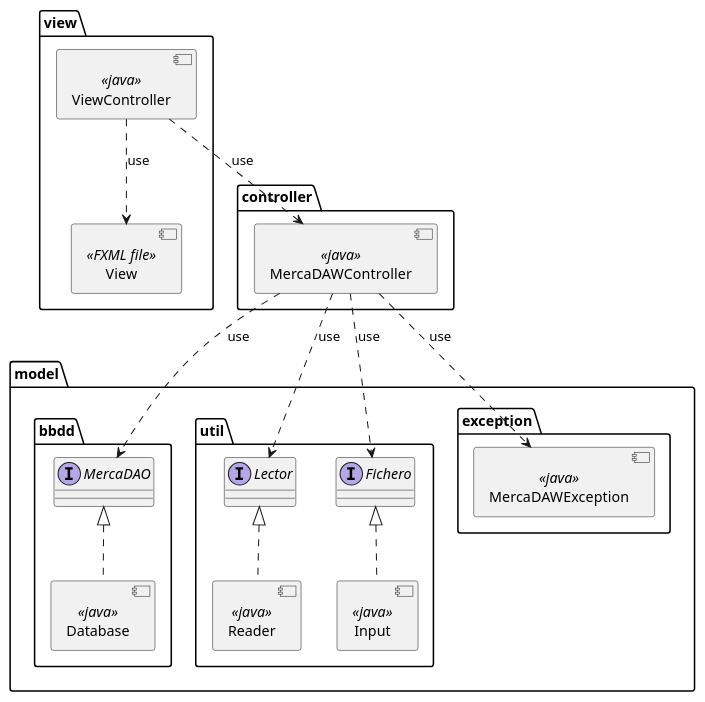
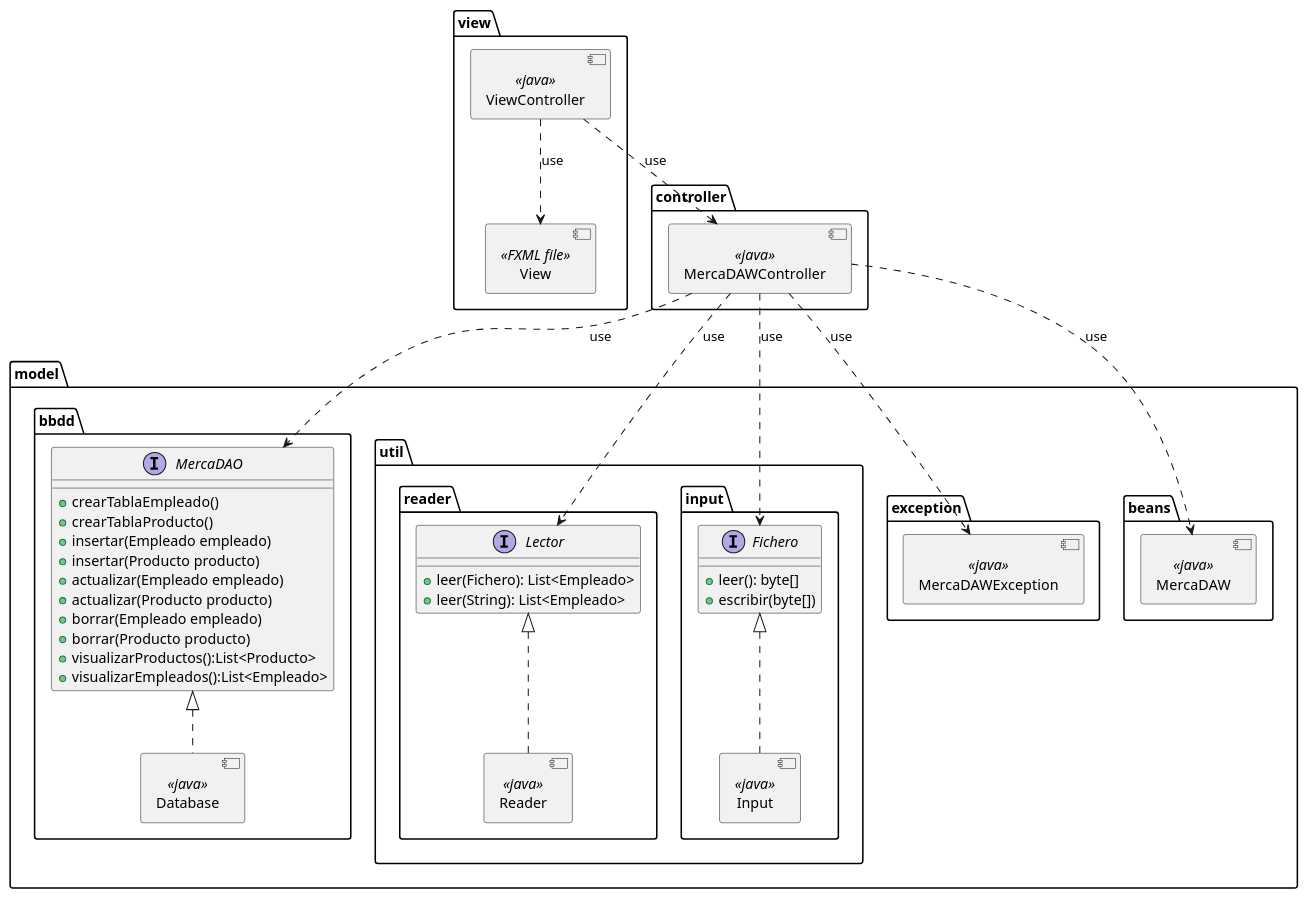
Before and after one commit to dmadcha/mercadaw_trabajo_ev3: the second of 2 diagrams in design/Componentes.pu, drawn with PlantUML.

Commit message:
Avances Componentes

```diff
--- a/design/Componentes.pu
+++ b/design/Componentes.pu
@@ -12,60 +12,79 @@
 @startuml disenyo
 allow_mixing
 top to bottom direction
 package view{
 
     component View <<FXML file>>
 
     component ViewController <<java>>
 }
 
 package controller{
     component MercaDAWController <<java>>
 
 }
 
 package model{
 
     package bbdd{
         component Database <<java>>
 
         interface MercaDAO{
+            + crearTablaEmpleado()
+            + crearTablaProducto()
+            + insertar(Empleado empleado)
+            + insertar(Producto producto)
+            + actualizar(Empleado empleado)
+            + actualizar(Producto producto)
+            + borrar(Empleado empleado)
+            + borrar(Producto producto)
+            + visualizarProductos():List<Producto>
+            + visualizarEmpleados():List<Empleado>
 
         }
     }
 
     package util{
-        component Reader <<java>>
-          interface Lector {
-
-          }
-        component Input <<java>>
-          interface Fichero {
-
-          }
+        package reader{
+            component Reader <<java>>
+            interface Lector {
+                + leer(Fichero): List<Empleado>
+                + leer(String): List<Empleado>
+            }
+        }
+        package input{
+            component Input <<java>>
+            interface Fichero {
+                + leer(): byte[]
+                + escribir(byte[])
+            }
+        } 
+        
 
     }
 
     package exception{
         component MercaDAWException <<java>>
     }
 
+    package beans{
+        component MercaDAW <<java>>
+    }
+}
 
     ViewController ..> View: use
 
     ViewController ..> MercaDAWController: use
 
     MercaDAWController ..> MercaDAO: use
     MercaDAWController ..> Lector: use
     MercaDAWController ..> Fichero: use
     MercaDAWController ..> MercaDAWException: use
+    MercaDAWController ..> MercaDAW: use
 
 
     MercaDAO <|.. Database  
     Lector <|.. Reader  
     Fichero <|.. Input  
 
-
-}
-
 @enduml
```
